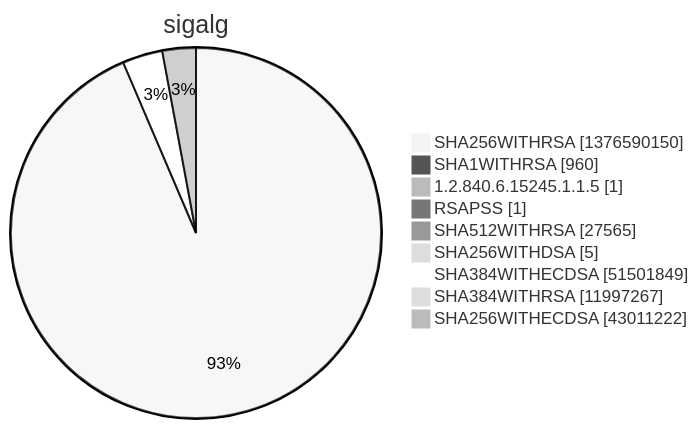
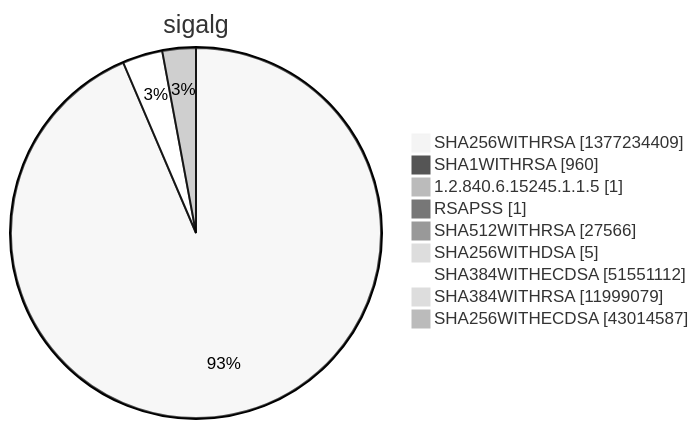
Before and after one commit to christiankrug/ctmonitor_visualization: diagram 15 of 15 in argon2022/README.md, drawn with Mermaid (neutral theme). The commit also changed other lines of this file, not shown here.

````diff
--- a/argon2022/README.md
+++ b/argon2022/README.md
@@ -5524,13 +5524,13 @@
 ```mermaid
 pie showData
 title sigalg
-"SHA256WITHRSA" :1376590150
+"SHA256WITHRSA" :1377234409
 "SHA1WITHRSA" :960
 "1.2.840.6.15245.1.1.5" :1
 "RSAPSS" :1
-"SHA512WITHRSA" :27565
+"SHA512WITHRSA" :27566
 "SHA256WITHDSA" :5
-"SHA384WITHECDSA" :51501849
-"SHA384WITHRSA" :11997267
-"SHA256WITHECDSA" :43011222
+"SHA384WITHECDSA" :51551112
+"SHA384WITHRSA" :11999079
+"SHA256WITHECDSA" :43014587
 ```
````
